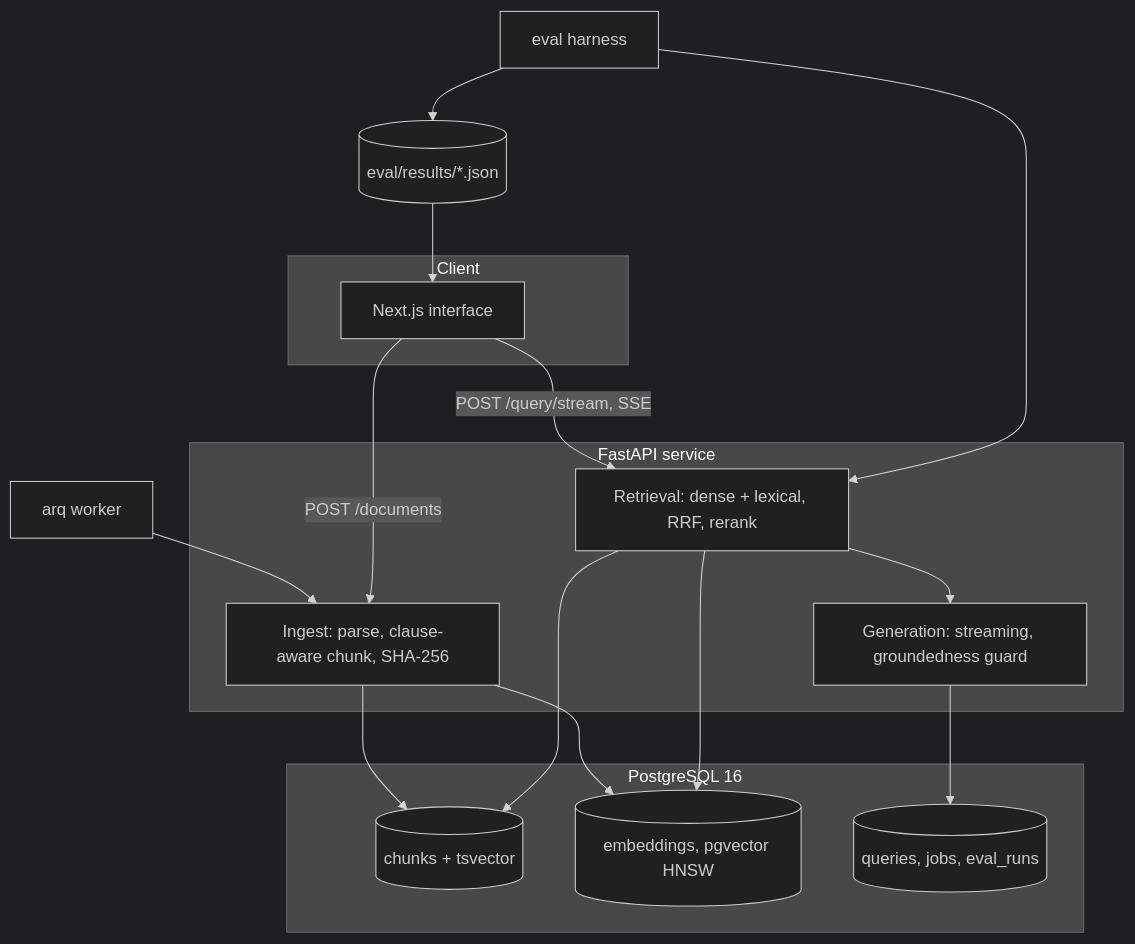
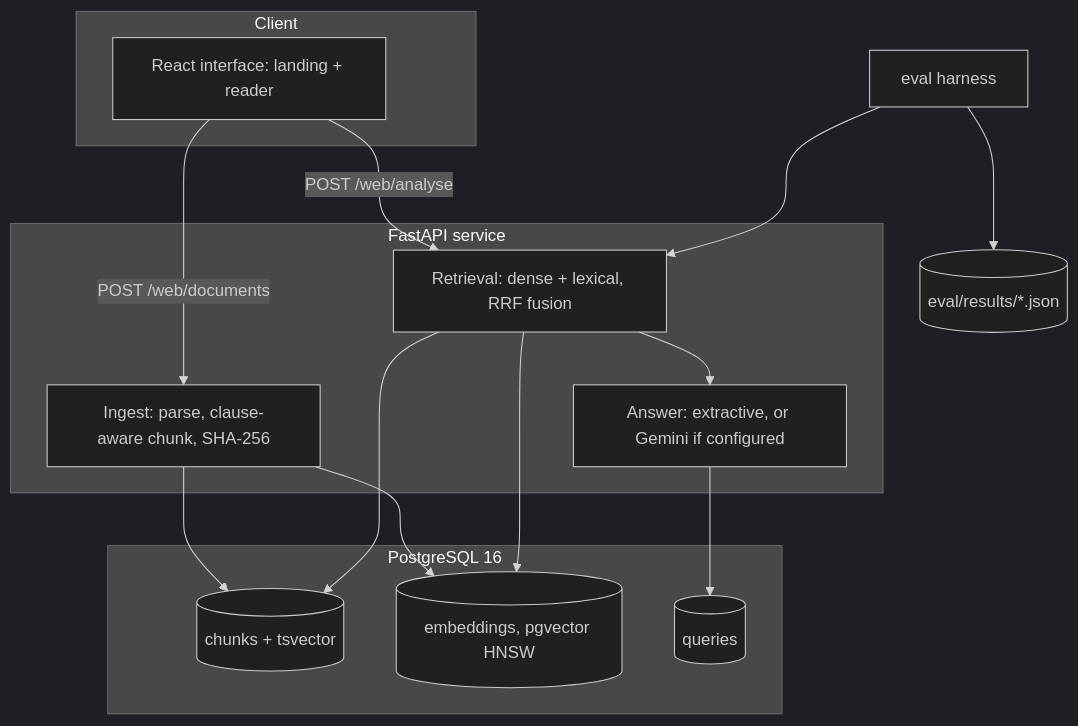
The diagram in README.md (swapnil5053/ChainLens), drawn with Mermaid (dark theme) before and after one commit. The commit also changed other lines of this file and 16 other files, not shown here.

Commit message:
cut the docs to the ones anything reads, fix the diagram and footer links

````diff
--- a/README.md
+++ b/README.md
@@ -61,31 +56,29 @@
 ```mermaid
 flowchart TB
   subgraph client [Client]
-    web[Next.js interface]
+    web[React interface: landing + reader]
   end
 
   subgraph api [FastAPI service]
     ingest[Ingest: parse, clause-aware chunk, SHA-256]
-    retrieval[Retrieval: dense + lexical, RRF, rerank]
-    generation[Generation: streaming, groundedness guard]
+    retrieval[Retrieval: dense + lexical, RRF fusion]
+    answer[Answer: extractive, or Gemini if configured]
   end
 
   subgraph store [PostgreSQL 16]
     chunks[(chunks + tsvector)]
     vectors[(embeddings, pgvector HNSW)]
-    telemetry[(queries, jobs, eval_runs)]
+    telemetry[(queries)]
   end
 
-  worker[arq worker] --> ingest
-  web -->|POST /documents| ingest
-  web -->|POST /query/stream, SSE| retrieval
+  web -->|POST /web/documents| ingest
+  web -->|POST /web/analyse| retrieval
   ingest --> chunks
   ingest --> vectors
   retrieval --> chunks
   retrieval --> vectors
-  retrieval --> generation
-  generation --> telemetry
+  retrieval --> answer
+  answer --> telemetry
   evalharness[eval harness] --> retrieval
   evalharness --> results[(eval/results/*.json)]
-  results --> web
 ```
````
